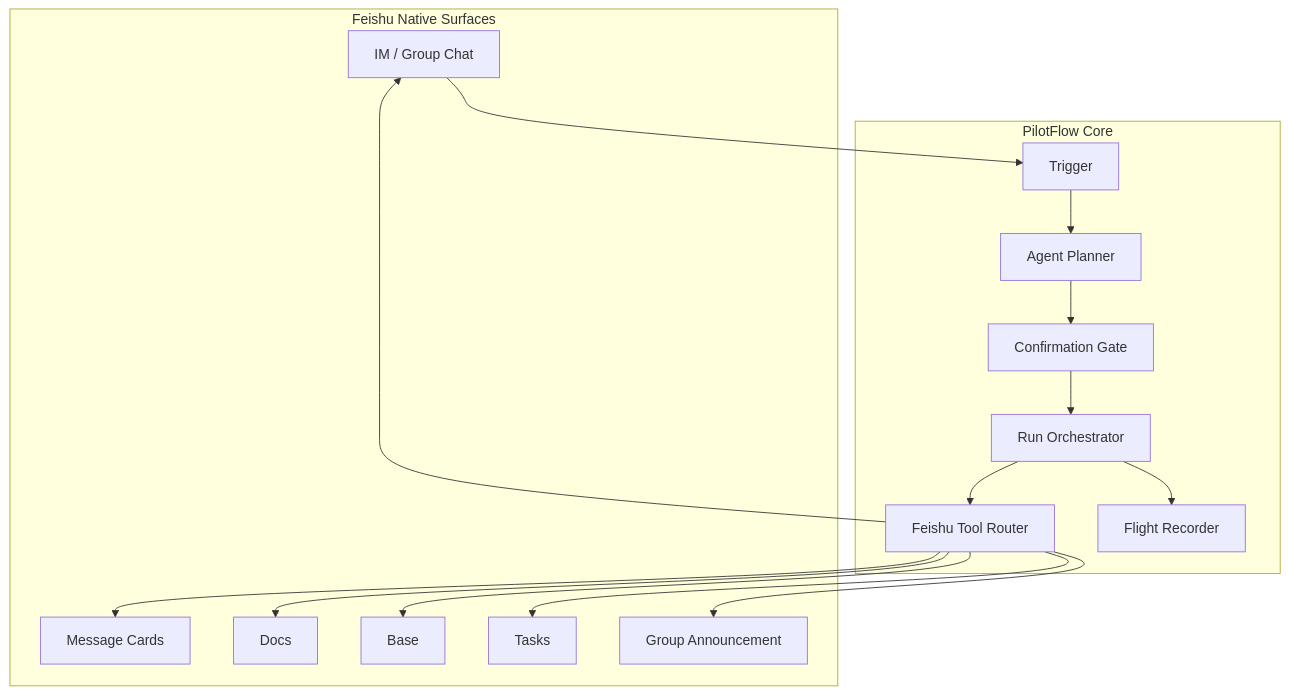
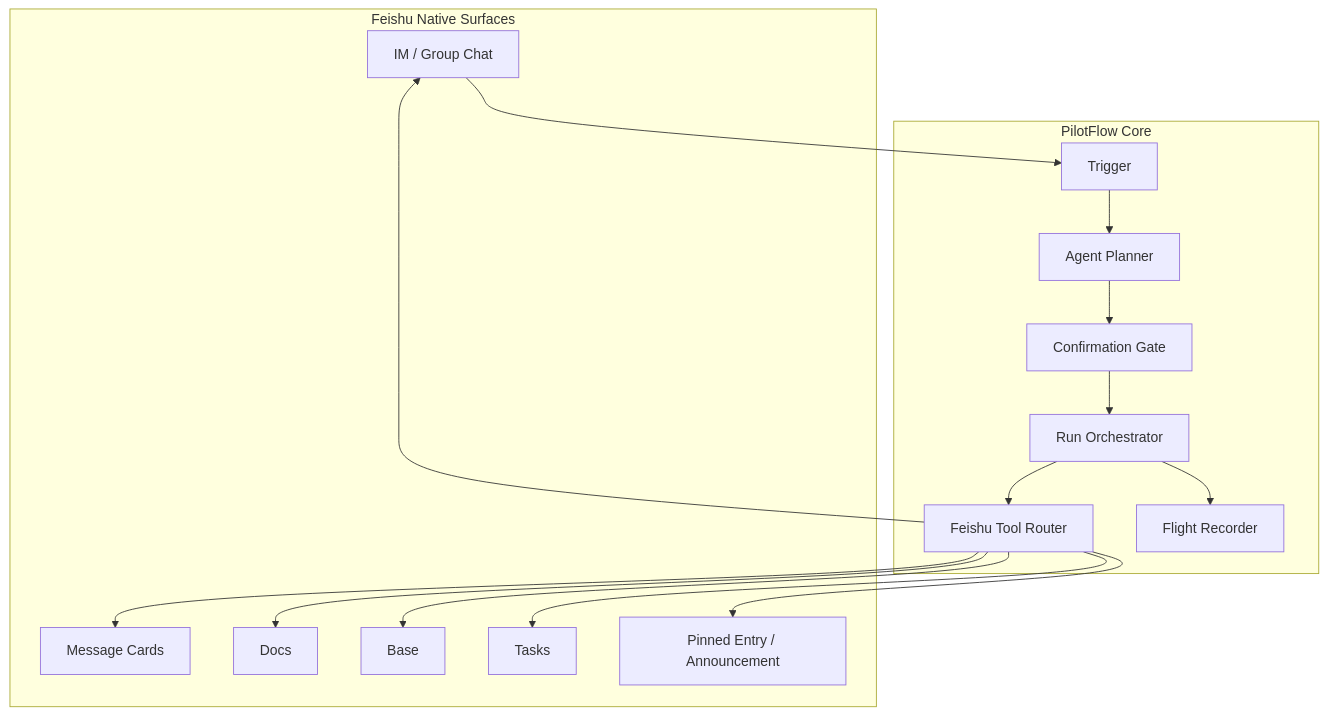
The third of 4 diagrams in README.md (DeliciousBuding/pilot-flow), drawn with Mermaid before and after one commit. The commit also changed other lines of this file and 14 other files, not shown here.

Commit message:
Add pinned project entry flow

````diff
--- a/README.md
+++ b/README.md
@@ -112,33 +112,33 @@
 ```mermaid
 flowchart TB
     subgraph "Feishu Native Surfaces"
         IM["IM / Group Chat"]
         Card["Message Cards"]
         Doc["Docs"]
         Base["Base"]
         Task["Tasks"]
-        Ann["Group Announcement"]
+        Ann["Pinned Entry / Announcement"]
     end
 
     subgraph "PilotFlow Core"
         Trigger["Trigger"]
         Planner["Agent Planner"]
         Confirm["Confirmation Gate"]
         Orchestrator["Run Orchestrator"]
         Router["Feishu Tool Router"]
         Recorder["Flight Recorder"]
     end
 
     IM --> Trigger
     Trigger --> Planner
     Planner --> Confirm
     Confirm --> Orchestrator
     Orchestrator --> Router
     Orchestrator --> Recorder
     Router --> Doc
     Router --> Base
     Router --> Task
     Router --> Card
     Router --> Ann
     Router --> IM
 ```
````
